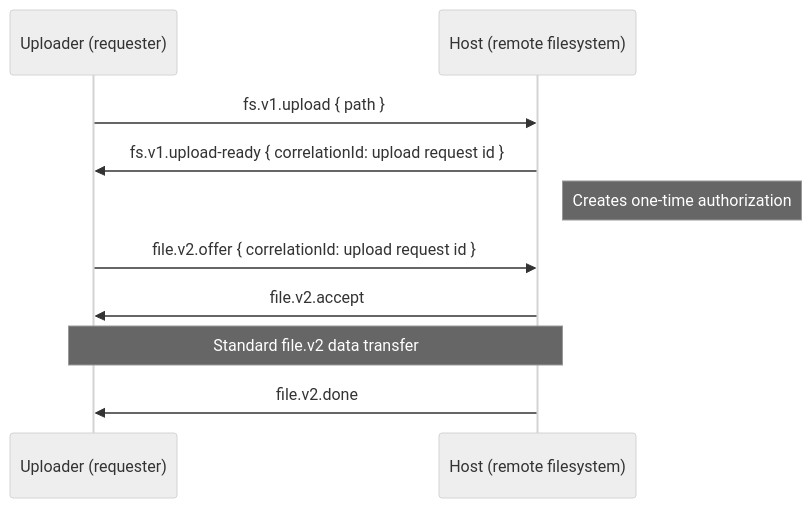
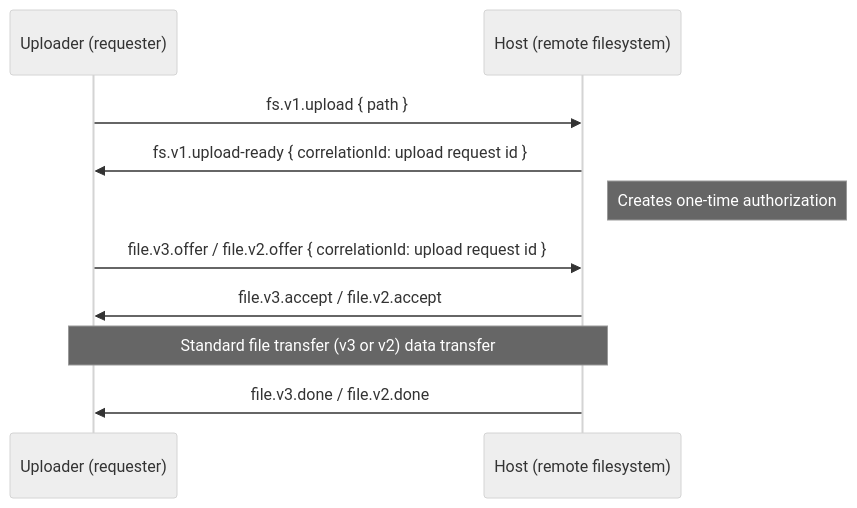
Before and after one commit to CoLinkDev/CoLinkProtocol: the diagram in CoLinkBusiness/filesystem.md, drawn with Mermaid (neutral theme). The commit also changed other lines of this file and 5 other files, not shown here.

````diff
--- a/CoLinkBusiness/filesystem.md
+++ b/CoLinkBusiness/filesystem.md
@@ -329,13 +331,13 @@
 ```mermaid
 sequenceDiagram
     participant Uploader as Uploader (requester)
     participant Host as Host (remote filesystem)
 
     Uploader->>Host: fs.v1.upload { path }
     Host->>Uploader: fs.v1.upload-ready { correlationId: upload request id }
     Note right of Host: Creates one-time authorization
-    Uploader->>Host: file.v2.offer { correlationId: upload request id }
-    Host->>Uploader: file.v2.accept
-    Note over Uploader,Host: Standard file.v2 data transfer
-    Host->>Uploader: file.v2.done
+    Uploader->>Host: file.v3.offer / file.v2.offer { correlationId: upload request id }
+    Host->>Uploader: file.v3.accept / file.v2.accept
+    Note over Uploader,Host: Standard file transfer (v3 or v2) data transfer
+    Host->>Uploader: file.v3.done / file.v2.done
 ```
````
